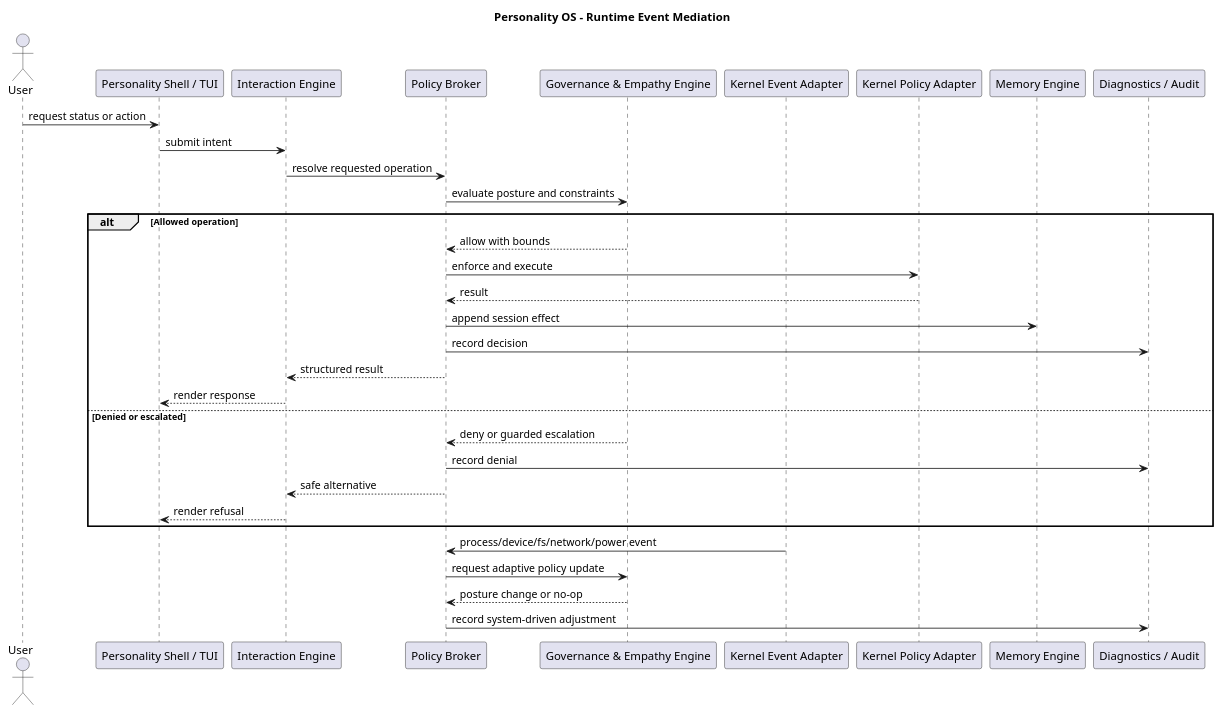
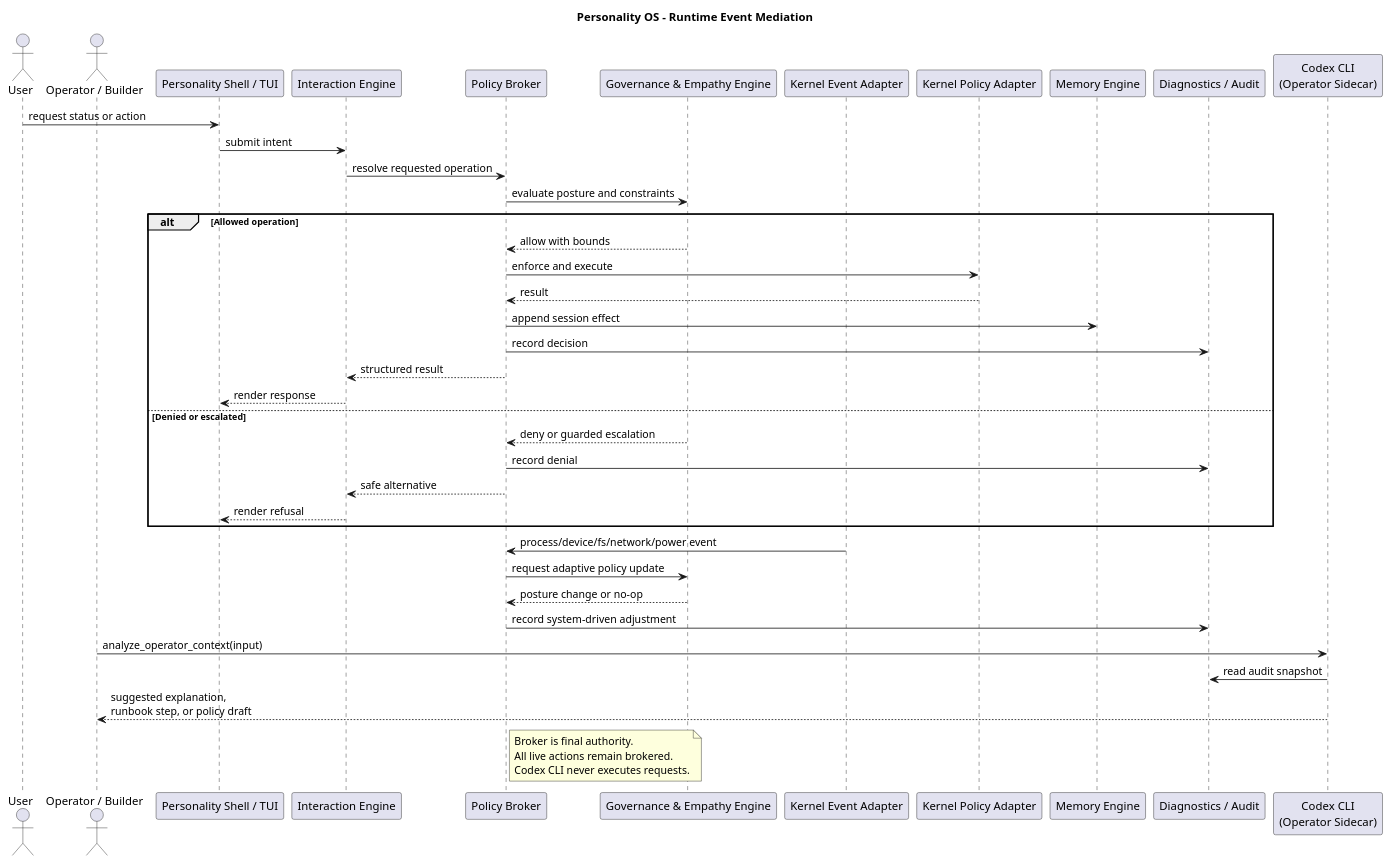
Before and after one commit to 3bu1/personaos: the third of 3 diagrams in docs/architecture/personality-os-architecture-v0.2.puml, drawn with PlantUML. The commit also changed other lines of this file and 3 other files, not shown here.

Commit message:
Enhance Personality OS architecture documentation with Operator Tooling details and Codex CLI integration

```diff
--- a/docs/architecture/personality-os-architecture-v0.2.puml
+++ b/docs/architecture/personality-os-architecture-v0.2.puml
@@ -156,39 +186,51 @@
 @startuml
 skinparam shadowing false
 title Personality OS - Runtime Event Mediation
 
 actor User
+actor "Operator / Builder" as Operator3
 participant "Personality Shell / TUI" as Shell3
 participant "Interaction Engine" as Interaction3
 participant "Policy Broker" as Broker3
 participant "Governance & Empathy Engine" as Gov3
 participant "Kernel Event Adapter" as KEA3
 participant "Kernel Policy Adapter" as KPA3
 participant "Memory Engine" as Memory3
 participant "Diagnostics / Audit" as Audit3
+participant "Codex CLI\n(Operator Sidecar)" as Codex3
 
 User -> Shell3 : request status or action
 Shell3 -> Interaction3 : submit intent
 Interaction3 -> Broker3 : resolve requested operation
 Broker3 -> Gov3 : evaluate posture and constraints
 
 alt Allowed operation
   Gov3 --> Broker3 : allow with bounds
   Broker3 -> KPA3 : enforce and execute
   KPA3 --> Broker3 : result
   Broker3 -> Memory3 : append session effect
   Broker3 -> Audit3 : record decision
   Broker3 --> Interaction3 : structured result
   Interaction3 --> Shell3 : render response
 else Denied or escalated
   Gov3 --> Broker3 : deny or guarded escalation
   Broker3 -> Audit3 : record denial
   Broker3 --> Interaction3 : safe alternative
   Interaction3 --> Shell3 : render refusal
 end
 
 KEA3 -> Broker3 : process/device/fs/network/power event
 Broker3 -> Gov3 : request adaptive policy update
 Gov3 --> Broker3 : posture change or no-op
 Broker3 -> Audit3 : record system-driven adjustment
+
+Operator3 -> Codex3 : analyze_operator_context(input)
+Codex3 -> Audit3 : read audit snapshot
+Codex3 --> Operator3 : suggested explanation,\nrunbook step, or policy draft
+
+note right of Broker3
+Broker is final authority.
+All live actions remain brokered.
+Codex CLI never executes requests.
+end note
 @enduml
```
